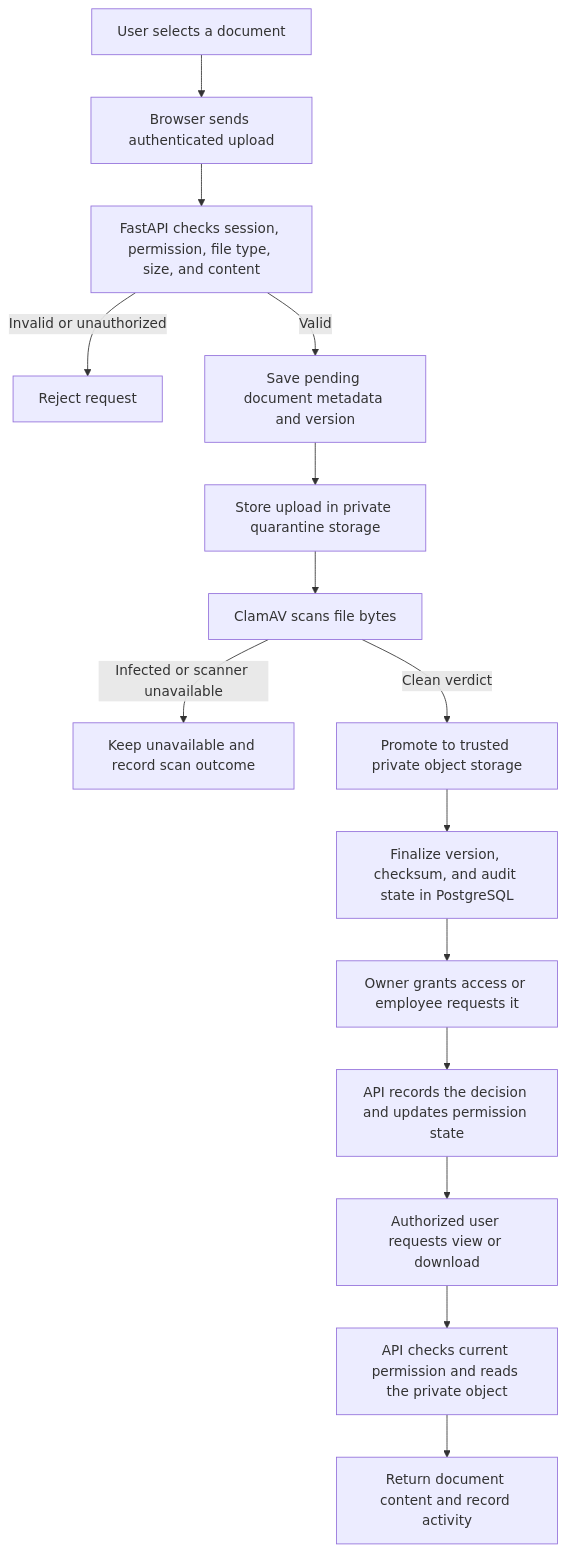
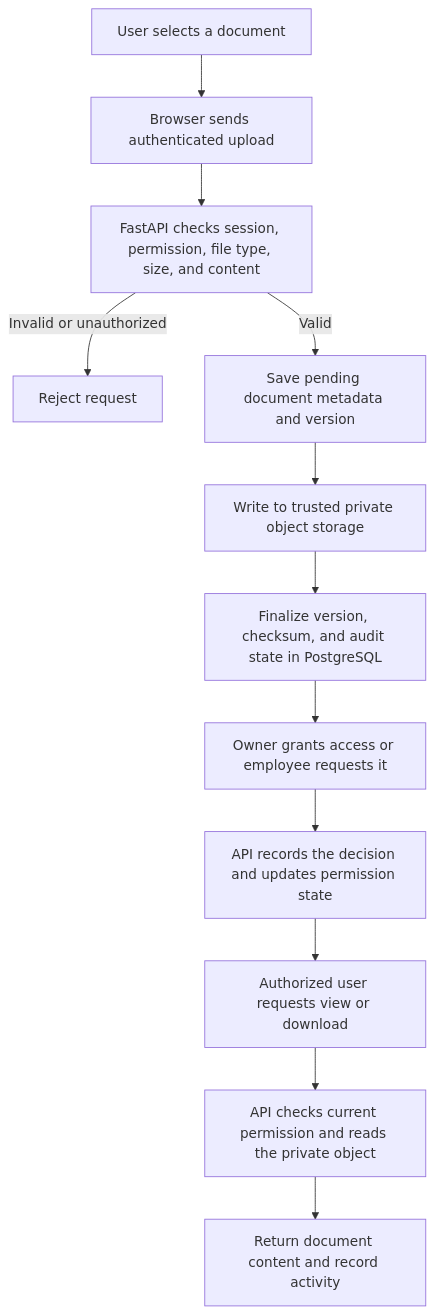
The second of 2 diagrams in README.md (vinaykandimalla01/suredocs), drawn with Mermaid before and after one commit. The commit also changed other lines of this file and 19 other files, not shown here.

````diff
--- a/README.md
+++ b/README.md
@@ -75,17 +69,14 @@
 ```mermaid
 flowchart TD
     A[User selects a document] --> B[Browser sends authenticated upload]
     B --> C[FastAPI checks session, permission, file type, size, and content]
     C -->|Invalid or unauthorized| X[Reject request]
     C -->|Valid| D[Save pending document metadata and version]
-    D --> E[Store upload in private quarantine storage]
-    E --> F[ClamAV scans file bytes]
-    F -->|Infected or scanner unavailable| Y[Keep unavailable and record scan outcome]
-    F -->|Clean verdict| G[Promote to trusted private object storage]
-    G --> H[Finalize version, checksum, and audit state in PostgreSQL]
-    H --> I[Owner grants access or employee requests it]
-    I --> J[API records the decision and updates permission state]
-    J --> K[Authorized user requests view or download]
-    K --> L[API checks current permission and reads the private object]
-    L --> M[Return document content and record activity]
+    D --> E[Write to trusted private object storage]
+    E --> F[Finalize version, checksum, and audit state in PostgreSQL]
+    F --> G[Owner grants access or employee requests it]
+    G --> H[API records the decision and updates permission state]
+    H --> I[Authorized user requests view or download]
+    I --> J[API checks current permission and reads the private object]
+    J --> K[Return document content and record activity]
 ```
````
